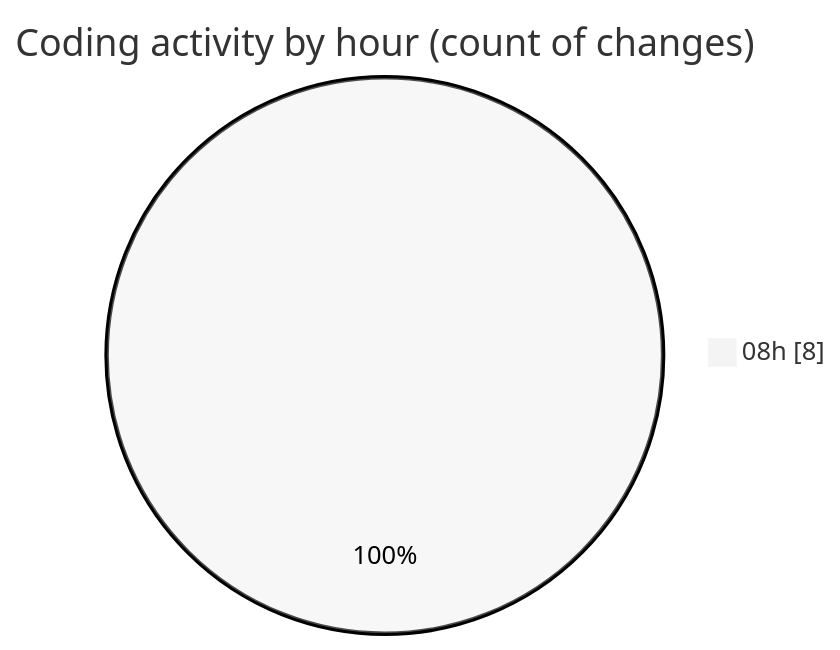
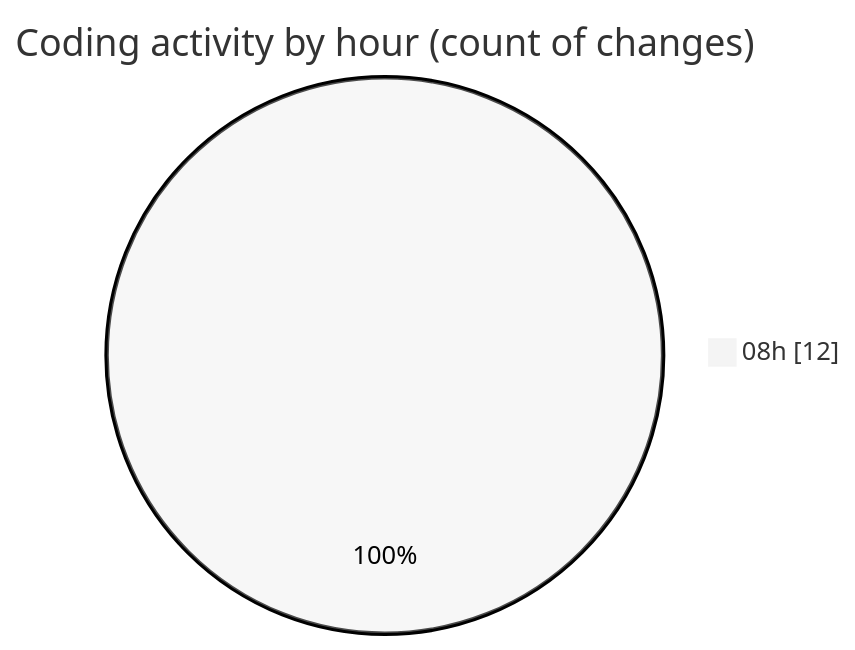
One commit to Unknowalive/code-tracking changed the second of 2 diagrams in 2026-08-25/pws_v/README.md. Above: the diagram before and after it, drawn with Mermaid (neutral theme). The commit also changed other lines of this file and 1 other file, not shown here.

````diff
--- a/2026-08-25/pws_v/README.md
+++ b/2026-08-25/pws_v/README.md
@@ -28,5 +28,5 @@
 ```mermaid
 pie showData
 title Coding activity by hour (count of changes)
-"08h" : 8
+"08h" : 12
 ```
````
